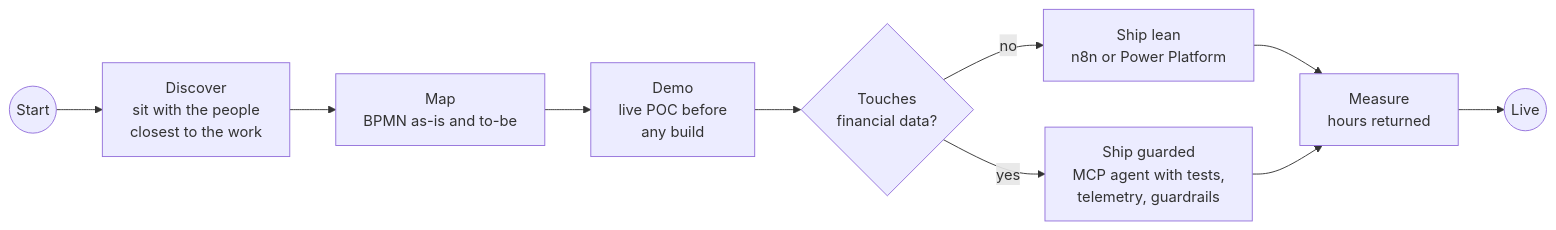
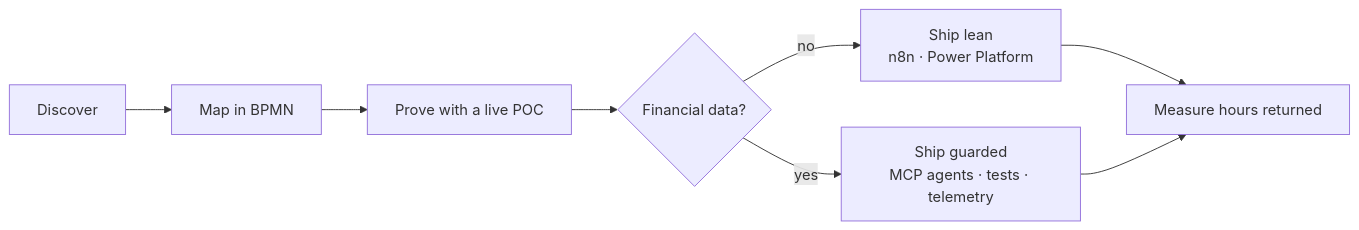
One commit to masonnguyen131/masonnguyen131 changed the diagram in README.md. Above: the diagram before and after it, drawn with Mermaid. The commit also changed other lines of this file, not shown here.

````diff
--- a/README.md
+++ b/README.md
@@ -38,12 +22,10 @@
 ```mermaid
 flowchart LR
-    start((Start)) --> discover["Discover<br/>sit with the people<br/>closest to the work"]
-    discover --> map["Map<br/>BPMN as-is and to-be"]
-    map --> demo["Demo<br/>live POC before<br/>any build"]
-    demo --> risk{"Touches<br/>financial data?"}
-    risk -- no --> light["Ship lean<br/>n8n or Power Platform"]
-    risk -- yes --> guarded["Ship guarded<br/>MCP agent with tests,<br/>telemetry, guardrails"]
-    light --> measure["Measure<br/>hours returned"]
+    discover["Discover"] --> map["Map in BPMN"]
+    map --> prove["Prove with a live POC"]
+    prove --> decide{"Financial data?"}
+    decide -- no --> lean["Ship lean<br/>n8n · Power Platform"]
+    decide -- yes --> guarded["Ship guarded<br/>MCP agents · tests · telemetry"]
+    lean --> measure["Measure hours returned"]
     guarded --> measure
-    measure --> live((Live))
 ```
````
